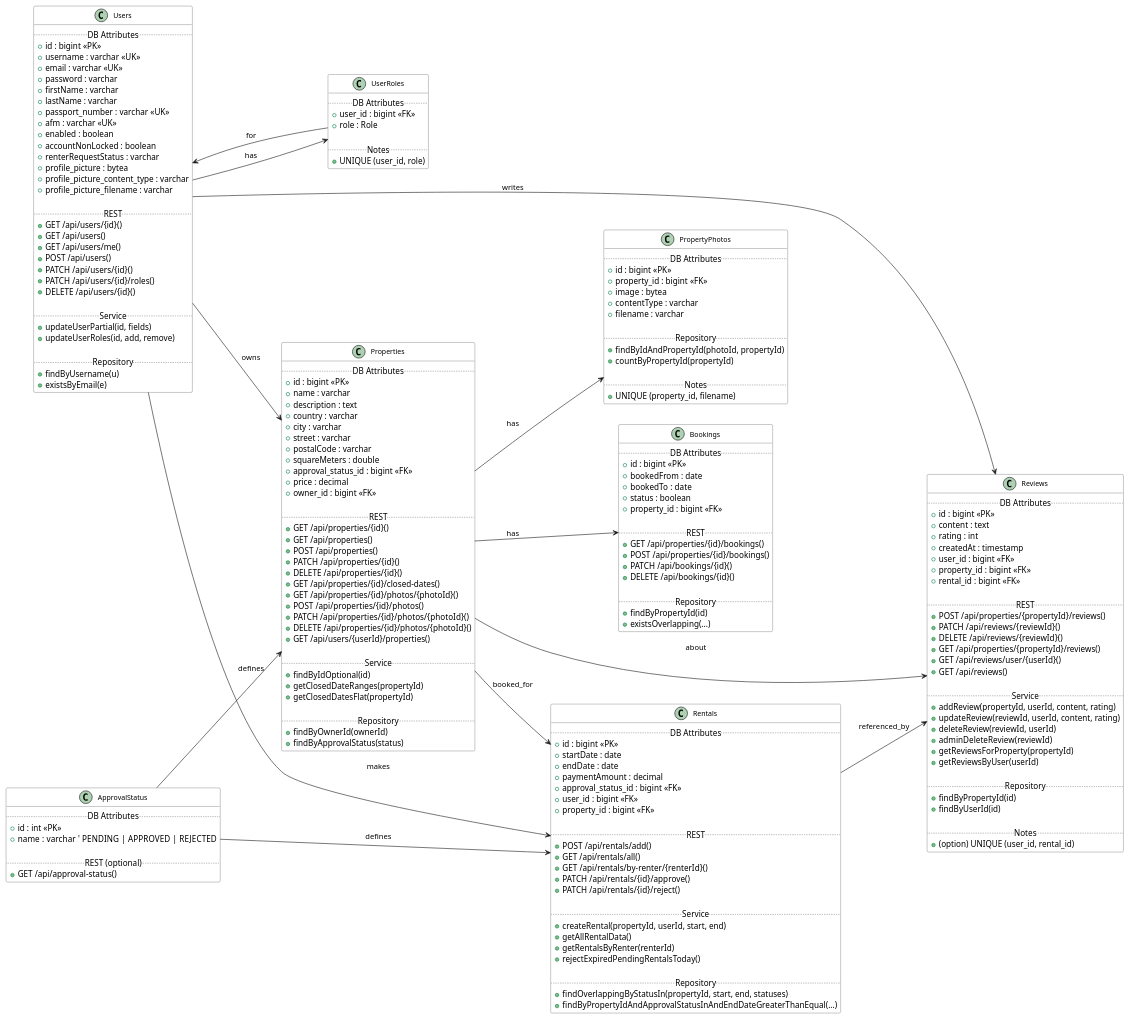
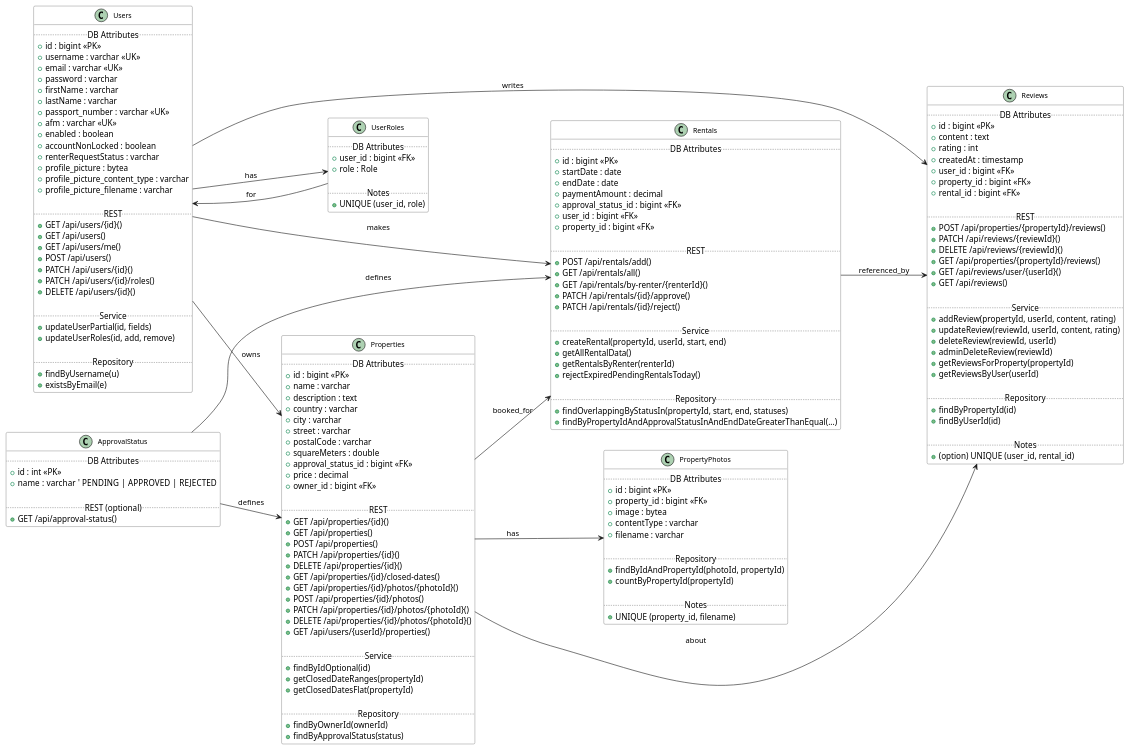
One commit to it2022031/DS-2025 changed the diagram in all-in-one-architecture.puml. Above: the diagram before and after it, drawn with PlantUML. The commit also changed 13 other files, not shown here.

```diff
--- a/all-in-one-architecture.puml
+++ b/all-in-one-architecture.puml
@@ -171,25 +171,6 @@
   + (option) UNIQUE (user_id, rental_id)
 }
 
-class Bookings {
-  .. DB Attributes ..
-  + id : bigint «PK»
-  + bookedFrom : date
-  + bookedTo : date
-  + status : boolean
-  + property_id : bigint «FK»
-
-  .. REST ..
-  + GET /api/properties/{id}/bookings()
-  + POST /api/properties/{id}/bookings()
-  + PATCH /api/bookings/{id}()
-  + DELETE /api/bookings/{id}()
-
-  .. Repository ..
-  + findByPropertyId(id)
-  + existsOverlapping(...)
-}
-
 class ApprovalStatus {
   .. DB Attributes ..
   + id : int «PK»
@@ -210,7 +191,6 @@
 Users --> Reviews : writes
 Properties --> Reviews : about
 Rentals --> Reviews : referenced_by
-Properties --> Bookings : has
 ApprovalStatus --> Properties : defines
 ApprovalStatus --> Rentals : defines
 UserRoles --> Users : for
```
